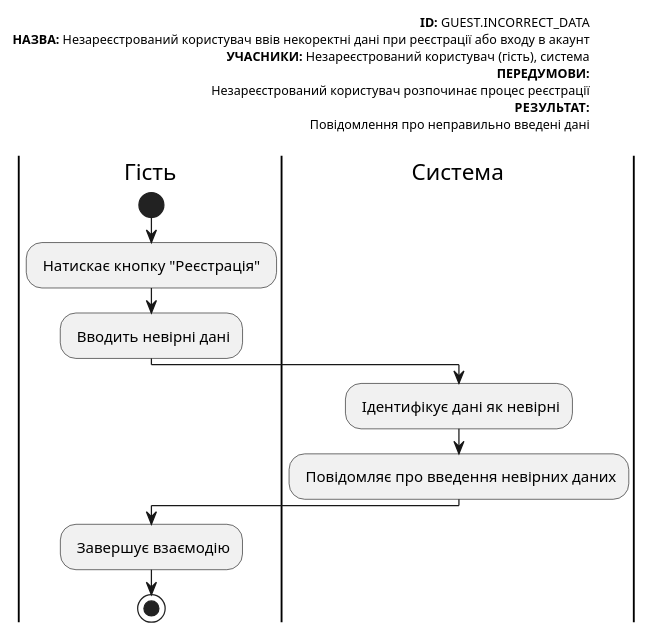
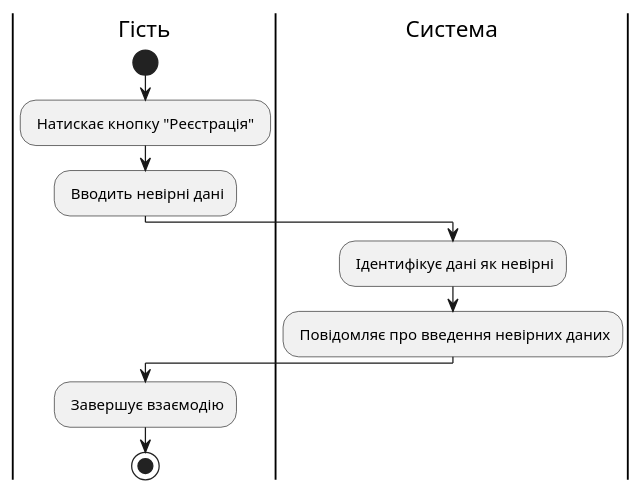
Before and after one commit to michigang1/ImForms: diagram 19 of 22 in docs/use cases/README.md, drawn with PlantUML. The commit also changed other lines of this file, not shown here.

```diff
--- a/docs/use cases/README.md
+++ b/docs/use cases/README.md
@@ -619,25 +647,15 @@
 @startuml
-left header
-<font color=000 size=10><b>ID:</b> GUEST.INCORRECT_DATA
-<font color=000 size=10><b>НАЗВА:</b> Незареєстрований користувач ввів некоректні дані при реєстрації або входу в акаунт  
-<font color=000 size=10><b>УЧАСНИКИ:</b> Незареєстрований користувач (гість), система
-<font color=000 size=10><b>ПЕРЕДУМОВИ:</b>
-<font color=000 size=10> Незареєстрований користувач розпочинає процес реєстрації
-<font color=000 size=10><b>РЕЗУЛЬТАТ:</b>
-<font color=000 size=10> Повідомлення про неправильно введені дані
-
-end header
 
 |Гість|
 start
 : Натискає кнопку "Реєстрація" ;
 : Вводить невірні дані;
 
 |Система|
 : Ідентифікує дані як невірні;
 : Повідомляє про введення невірних даних;
 
 |Гість|
 : Завершує взаємодію;
 stop;
 @enduml
```
